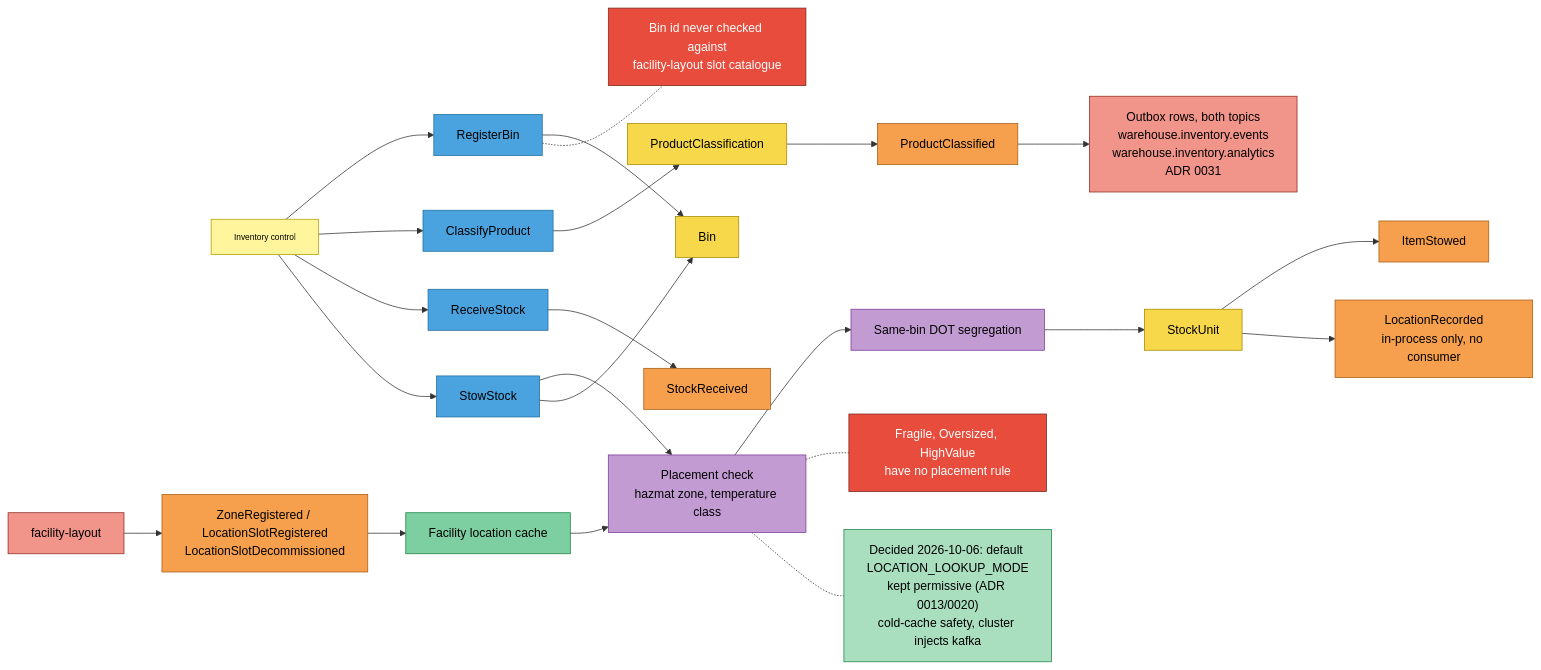
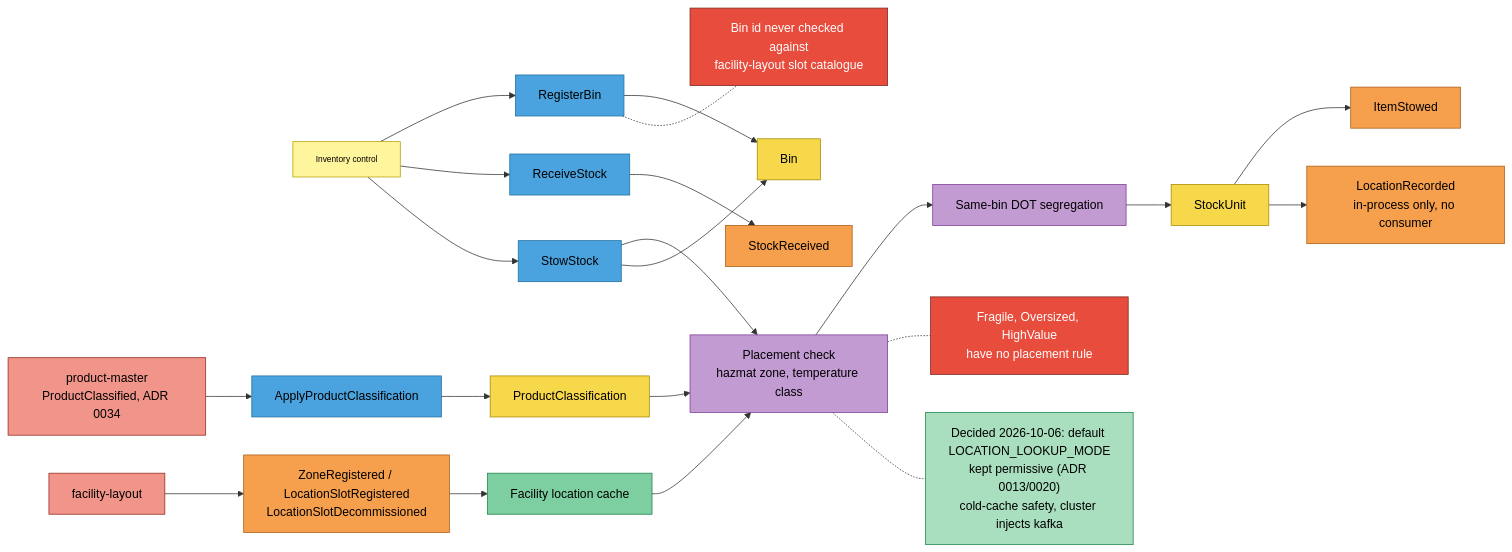
Before and after one commit to IQVO/warehouse-docs: the second of 4 diagrams in docs/contexts/inventory-storage/eventstorming.md, drawn with Mermaid. The commit also changed other lines of this file and 118 other files, not shown here.

````diff
--- a/docs/contexts/inventory-storage/eventstorming.md
+++ b/docs/contexts/inventory-storage/eventstorming.md
@@ -47,48 +47,47 @@
 ```mermaid
 flowchart LR
     IC["Inventory control"]:::actor
     FL["facility-layout"]:::external
     ZE["ZoneRegistered / LocationSlotRegistered<br/>LocationSlotDecommissioned"]:::event
     CACHE["Facility location cache"]:::readmodel
     RB["RegisterBin"]:::command
     BIN["Bin"]:::aggregate
-    CP["ClassifyProduct"]:::command
+    PM["product-master<br/>ProductClassified, ADR 0034"]:::external
+    CP["ApplyProductClassification"]:::command
     PC["ProductClassification"]:::aggregate
-    PCE["ProductClassified"]:::event
-    OUT["Outbox rows, both topics<br/>warehouse.inventory.events<br/>warehouse.inventory.analytics<br/>ADR 0031"]:::external
     RS["ReceiveStock"]:::command
     SRE["StockReceived"]:::event
     SS["StowStock"]:::command
     PLC["Placement check<br/>hazmat zone, temperature class"]:::policy
     SEG["Same-bin DOT segregation"]:::policy
     SU["StockUnit"]:::aggregate
     IS["ItemStowed"]:::event
     LR["LocationRecorded<br/>in-process only, no consumer"]:::event
     H1["Bin id never checked against<br/>facility-layout slot catalogue"]:::hotspot
     H2["Fragile, Oversized, HighValue<br/>have no placement rule"]:::hotspot
     H3["Decided 2026-10-06: default LOCATION_LOOKUP_MODE<br/>kept permissive (ADR 0013/0020)<br/>cold-cache safety, cluster injects kafka"]:::decided
 
     FL --> ZE --> CACHE
     IC --> RB --> BIN
-    IC --> CP --> PC --> PCE --> OUT
+    PM --> CP --> PC --> PLC
     IC --> RS --> SRE
     IC --> SS --> PLC
     CACHE --> PLC
     PLC --> SEG --> SU
     SS --> BIN
     SU --> IS
     SU --> LR
     RB -.- H1
     PLC -.- H2
     PLC -.- H3
 
     classDef actor fill:#fff59d,stroke:#b59f00,color:#000,font-size:11px
     classDef command fill:#4aa3df,stroke:#1f6f9f,color:#000
     classDef aggregate fill:#f7d84a,stroke:#a68b00,color:#000
     classDef event fill:#f6a04d,stroke:#a85d14,color:#000
     classDef policy fill:#c39bd3,stroke:#7d3c98,color:#000
     classDef readmodel fill:#7dcea0,stroke:#1e8449,color:#000
     classDef external fill:#f1948a,stroke:#922b21,color:#000
     classDef hotspot fill:#e74c3c,stroke:#78281f,color:#fff
     classDef decided fill:#a9dfbf,stroke:#1e8449,color:#000
 ```
````
